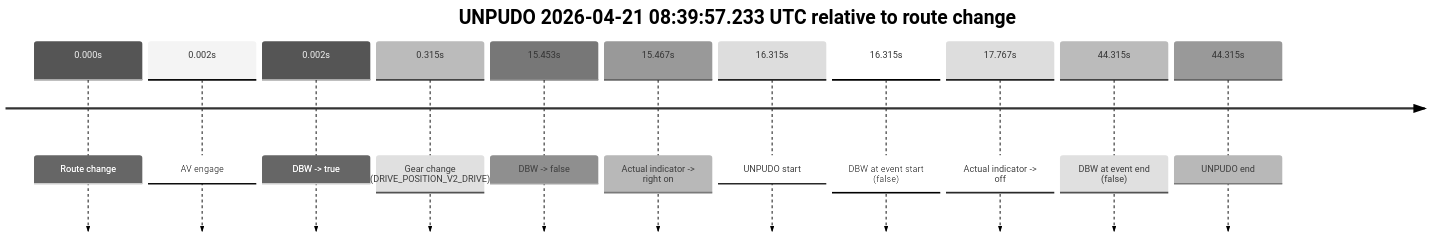
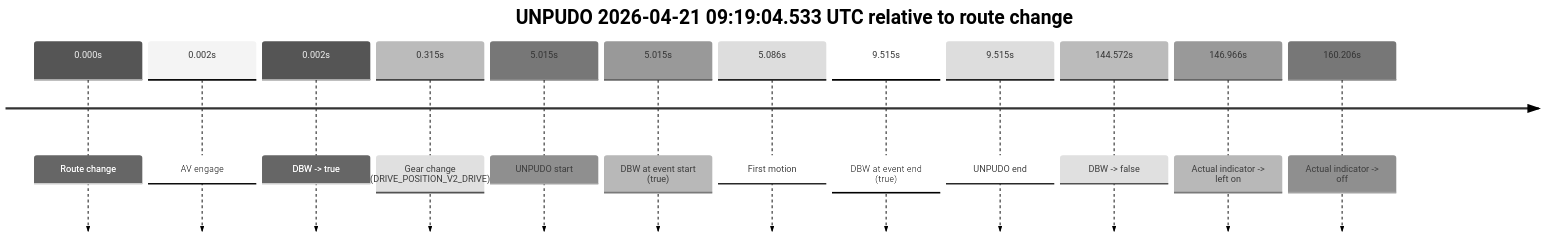
One commit to yoelshapiro/vault changed the second of 4 diagrams in model_analysis/report_cards/2026/04/Week-4/fme20038--2026-04-21--08-28-49--gen2-av-39637566-e5c2-44a6-87cc-8c6b8aafa0bd.md. Above: the diagram before and after it, drawn with Mermaid (neutral theme). The commit also changed other lines of this file and 1 other file, not shown here.

````diff
--- a/model_analysis/report_cards/2026/04/Week-4/fme20038--2026-04-21--08-28-49--gen2-av-39637566-e5c2-44a6-87cc-8c6b8aafa0bd.md
+++ b/model_analysis/report_cards/2026/04/Week-4/fme20038--2026-04-21--08-28-49--gen2-av-39637566-e5c2-44a6-87cc-8c6b8aafa0bd.md
@@ -135,15 +138,16 @@
 ```mermaid
 timeline
-    title UNPUDO 2026-04-21 08:39:57.233 UTC relative to route change
+    title UNPUDO 2026-04-21 09:19:04.533 UTC relative to route change
     0.000s : Route change
     0.002s : AV engage
     0.002s : DBW -> true
     0.315s : Gear change (DRIVE_POSITION_V2_DRIVE)
-    15.453s : DBW -> false
-    15.467s : Actual indicator -> right on
-    16.315s : UNPUDO start
-    16.315s : DBW at event start (false)
-    17.767s : Actual indicator -> off
-    44.315s : DBW at event end (false)
-    44.315s : UNPUDO end
+    5.015s : UNPUDO start
+    5.015s : DBW at event start (true)
+    5.086s : First motion
+    9.515s : DBW at event end (true)
+    9.515s : UNPUDO end
+    144.572s : DBW -> false
+    146.966s : Actual indicator -> left on
+    160.206s : Actual indicator -> off
 ```
````
